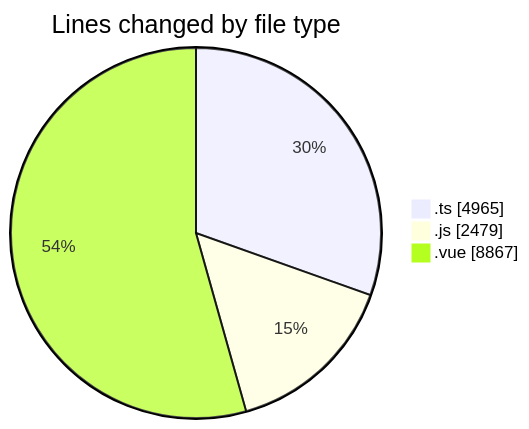
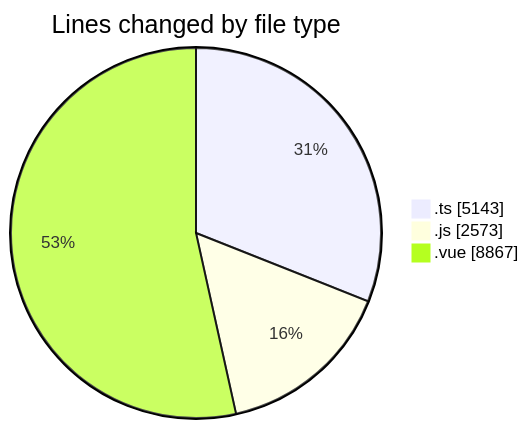
One commit to lephambinh05/code-tracking changed the first of 2 diagrams in 2025-08-16/rentotp/README.md. Above: the diagram before and after it, drawn with Mermaid. The commit also changed other lines of this file and 1 other file, not shown here.

````diff
--- a/2025-08-16/rentotp/README.md
+++ b/2025-08-16/rentotp/README.md
@@ -68,7 +68,7 @@
 ```mermaid
 pie showData
 title Lines changed by file type
-".ts" : 4965
-".js" : 2479
+".ts" : 5143
+".js" : 2573
 ".vue" : 8867
 ```
````
